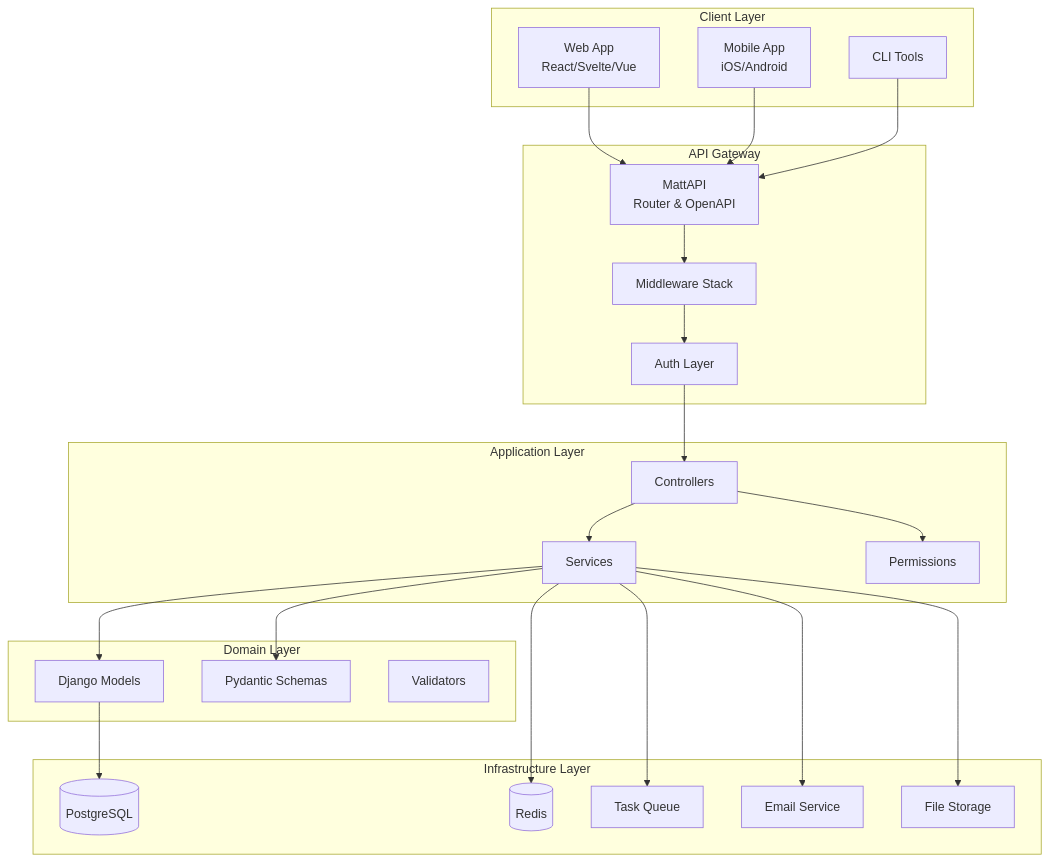
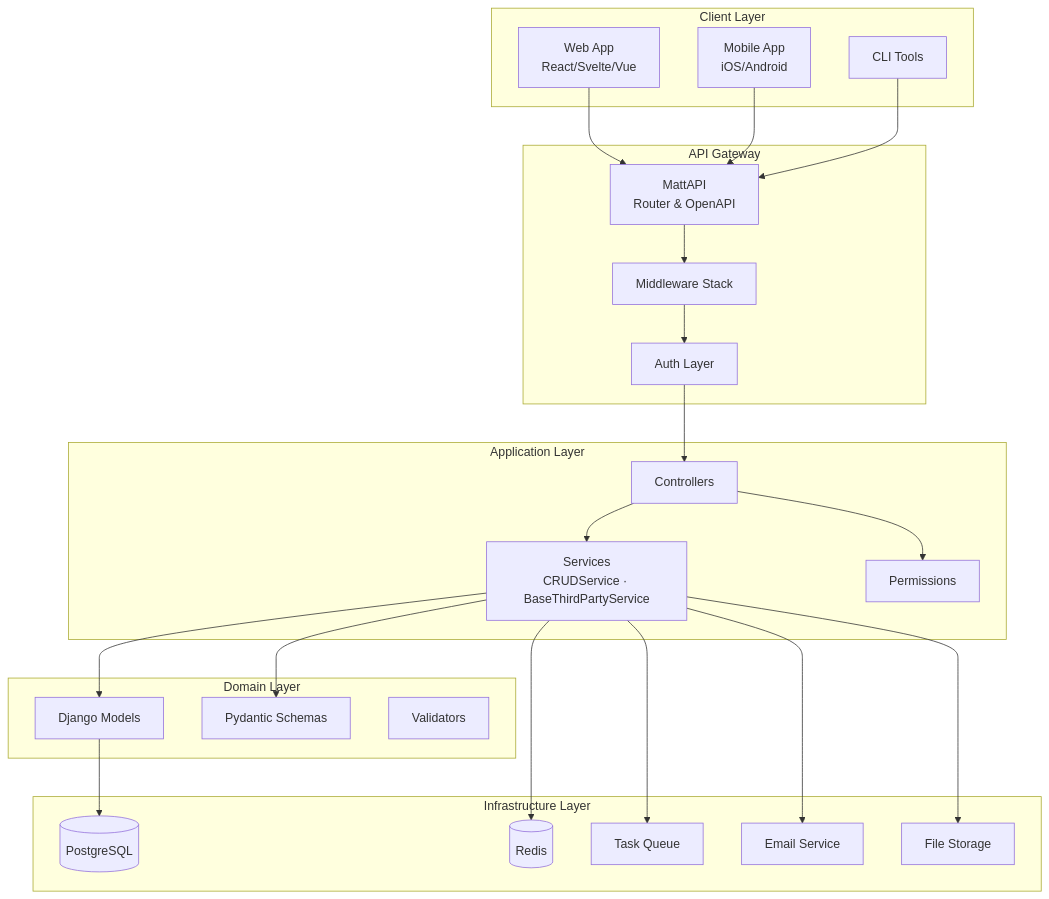
Before and after one commit to mattjaikaran/django-matt: the first of 2 diagrams in docs/architecture/overview.md, drawn with Mermaid. The commit also changed other lines of this file and 16 other files, not shown here.

````diff
--- a/docs/architecture/overview.md
+++ b/docs/architecture/overview.md
@@ -7,53 +7,53 @@
 ```mermaid
 graph TB
     subgraph "Client Layer"
         WEB[Web App<br/>React/Svelte/Vue]
         MOBILE[Mobile App<br/>iOS/Android]
         CLI[CLI Tools]
     end
 
     subgraph "API Gateway"
         API[MattAPI<br/>Router & OpenAPI]
         MW[Middleware Stack]
         AUTH[Auth Layer]
     end
 
     subgraph "Application Layer"
         CTRL[Controllers]
-        SVC[Services]
+        SVC[Services<br/>CRUDService · BaseThirdPartyService]
         PERM[Permissions]
     end
 
     subgraph "Domain Layer"
         MODELS[Django Models]
         SCHEMAS[Pydantic Schemas]
         VALIDATORS[Validators]
     end
 
     subgraph "Infrastructure Layer"
         DB[(PostgreSQL)]
         CACHE[(Redis)]
         QUEUE[Task Queue]
         EMAIL[Email Service]
         STORAGE[File Storage]
     end
 
     WEB --> API
     MOBILE --> API
     CLI --> API
 
     API --> MW
     MW --> AUTH
     AUTH --> CTRL
 
     CTRL --> SVC
     CTRL --> PERM
     SVC --> MODELS
     SVC --> SCHEMAS
 
     MODELS --> DB
     SVC --> CACHE
     SVC --> QUEUE
     SVC --> EMAIL
     SVC --> STORAGE
 ```
````
